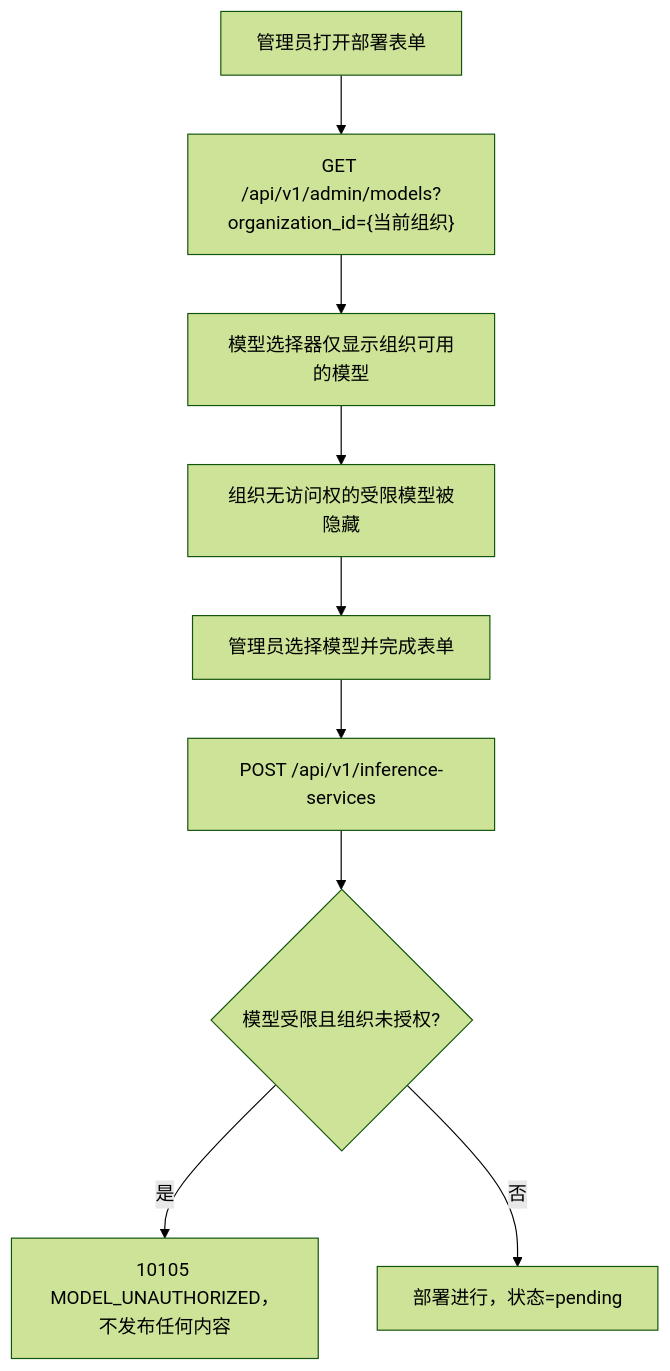
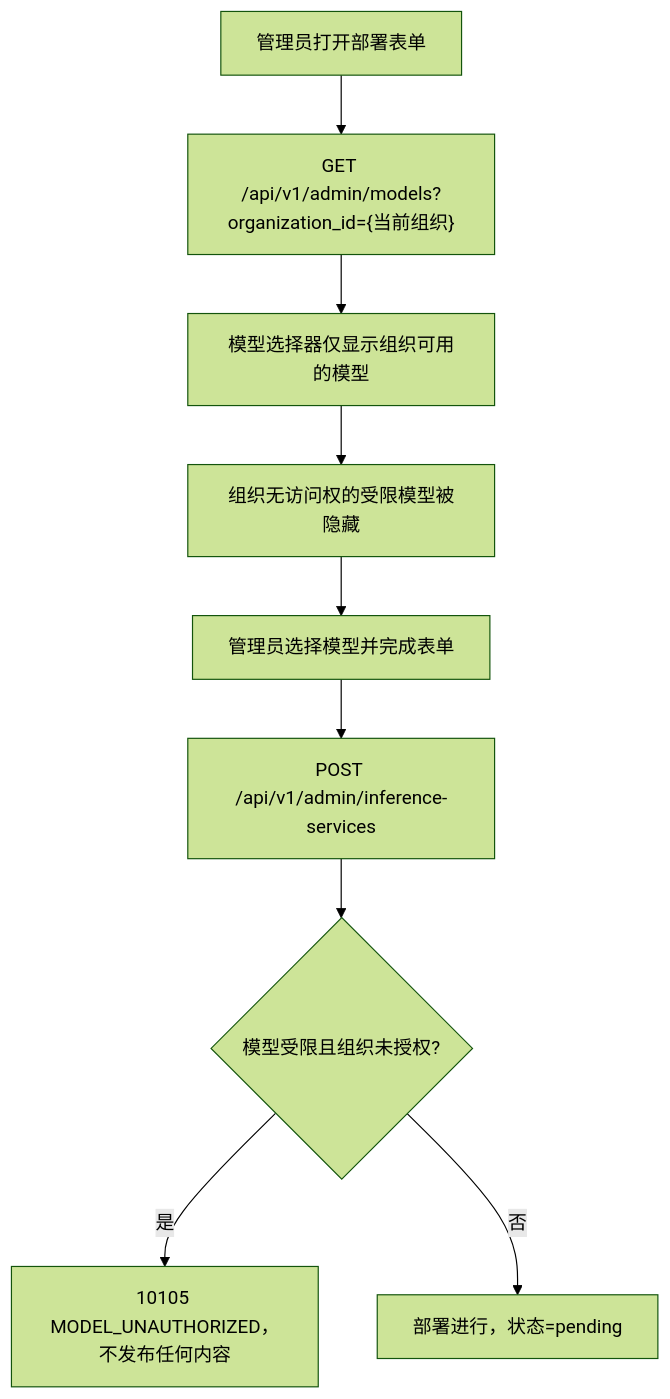
The third of 4 diagrams in site/docs/design/model-authorization.zh-cn.md (go-taas/go-taas), drawn with Mermaid (forest theme) before and after one commit. The commit also changed other lines of this file and 41 other files, not shown here.

````diff
--- a/site/docs/design/model-authorization.zh-cn.md
+++ b/site/docs/design/model-authorization.zh-cn.md
@@ -176,11 +176,11 @@
 ```mermaid
 flowchart TD
     A["管理员打开部署表单"] --> B["GET /api/v1/admin/models?organization_id={当前组织}"]
     B --> C["模型选择器仅显示组织可用的模型"]
     C --> D["组织无访问权的受限模型被隐藏"]
     D --> E["管理员选择模型并完成表单"]
-    E --> F["POST /api/v1/inference-services"]
+    E --> F["POST /api/v1/admin/inference-services"]
     F --> G{模型受限且组织未授权?}
     G -->|是| H["10105 MODEL_UNAUTHORIZED，不发布任何内容"]
     G -->|否| I["部署进行，状态=pending"]
 ```
````
